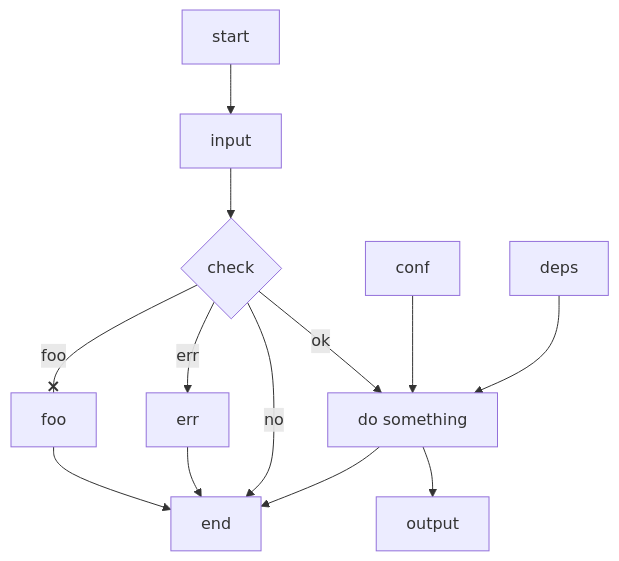
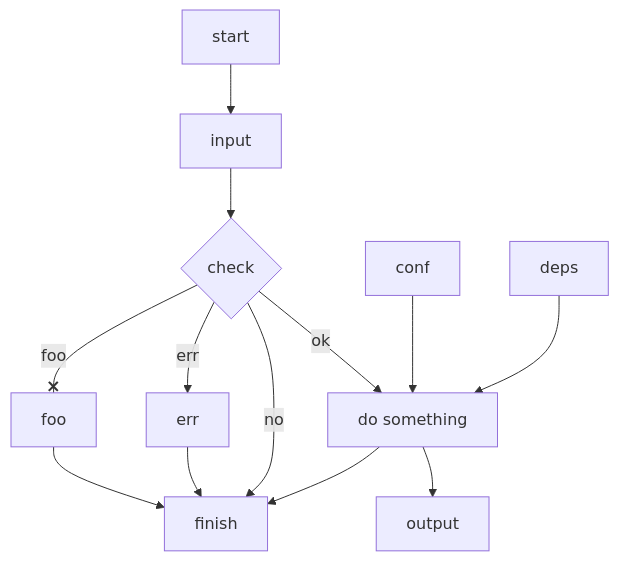
The diagram in other/mermaid.js chart.md (lijh8/misc), drawn with Mermaid before and after one commit. The commit also changed other lines of this file, not shown here.

````diff
--- a/other/mermaid.js chart.md
+++ b/other/mermaid.js chart.md
@@ -8,15 +8,15 @@
 ```mermaid
-flowchart TD
-    %% chained link on one line
+flowchart
+    %% chain sequential links on one line
     start --> input --> check{check}
 
     %% parallel links on separate lines
-    check --x|foo| foo --> endnode[end]
-    check -->|err| err --> endnode
-    check -->|no| endnode
-    check -->|ok| bar[do something] --> endnode
+    check --x|foo| foo --> finish
+    check -->|err| err --> finish
+    check -->|no| finish
+    check -->|ok| bar[do something] --> finish
 
     conf --> bar --> output
     deps --> bar
 
 ```
````
